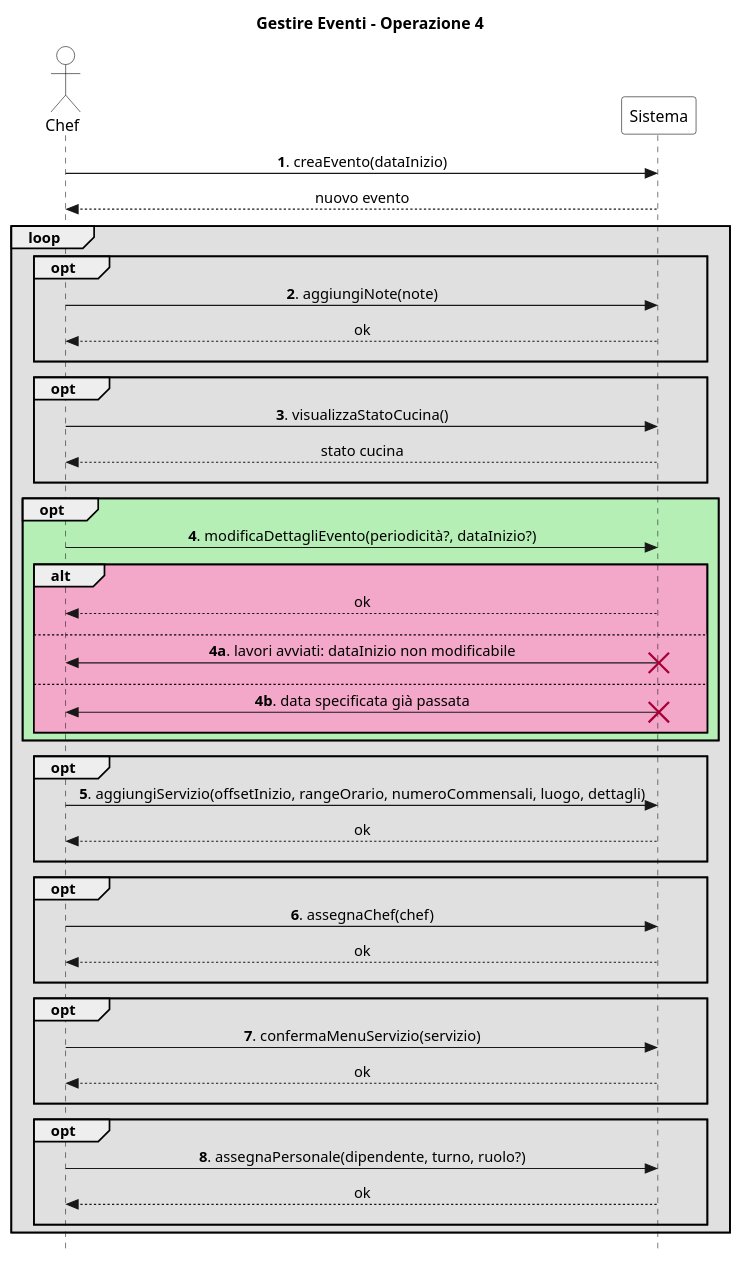
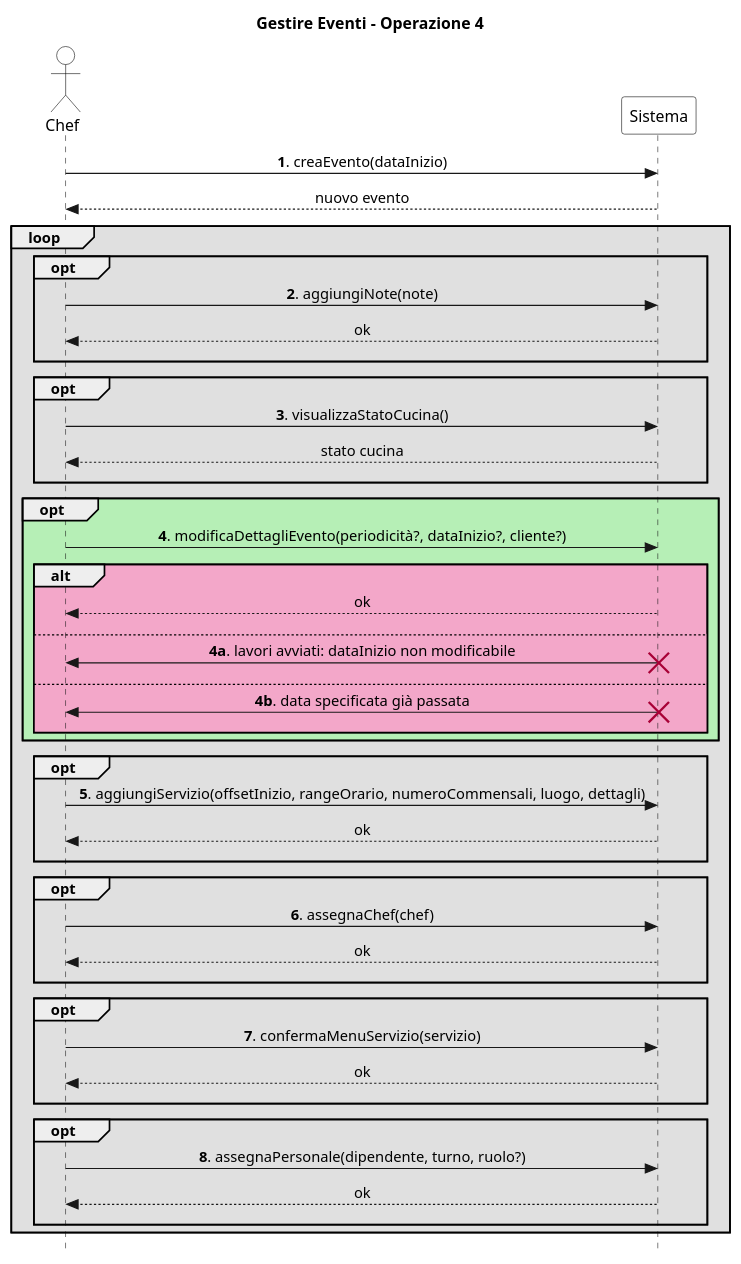
Before and after one commit to stefa168/sas-project: the diagram in UP/Requisiti/UC Gestire Eventi/SSD/Estensioni-Eccezioni Op4.puml, drawn with PlantUML. The commit also changed 2 other files, not shown here.

```diff
--- a/UP/Requisiti/UC Gestire Eventi/SSD/Estensioni-Eccezioni Op4.puml
+++ b/UP/Requisiti/UC Gestire Eventi/SSD/Estensioni-Eccezioni Op4.puml
@@ -1,73 +1,73 @@
 @startuml
 skinparam Style strictuml
 skinparam SequenceMessageAlign center
 
 skinparam sequence {
     ActorBorderColor Black
     ActorBackgroundColor White
     ParticipantBorderColor Black
     ParticipantBackgroundColor White
 }
 
 actor Chef
 participant Sistema
 
 title Gestire Eventi - Operazione 4
 
 Chef -> Sistema: **1**. creaEvento(dataInizio)
 return nuovo evento
 
 loop #e0e0e0
     opt #e0e0e0
         Chef -> Sistema: **2**. aggiungiNote(note)
         return ok
         ||10||
     end
 
     opt #e0e0e0
         Chef -> Sistema: **3**. visualizzaStatoCucina()
         return stato cucina
         ||10||
     end
 
     opt #b6efb6
-            Chef -> Sistema: **4**. modificaDettagliEvento(periodicità?, dataInizio?)
+            Chef -> Sistema: **4**. modificaDettagliEvento(periodicità?, dataInizio?, cliente?)
         alt #f3a7c9
             return ok
             ||10||
         else
             Chef <- Sistema: **4a**. lavori avviati: dataInizio non modificabile
             destroy Sistema
             ||10||
         else
             Chef <- Sistema: **4b**. data specificata già passata
             destroy Sistema
             ||10||
         end
     end
 
     opt #e0e0e0
         Chef -> Sistema: **5**. aggiungiServizio(offsetInizio, rangeOrario, numeroCommensali, luogo, dettagli)
         return ok
         ||10||
     end
 
     opt #e0e0e0
         Chef -> Sistema: **6**. assegnaChef(chef)
         return ok
         ||10||
     end
 
     opt #e0e0e0
         Chef -> Sistema: **7**. confermaMenuServizio(servizio)
         return ok
         ||10||
     end
 
     opt #e0e0e0
         Chef -> Sistema: **8**. assegnaPersonale(dipendente, turno, ruolo?)
         return ok
         ||10||
     end
 end
 @enduml
```
